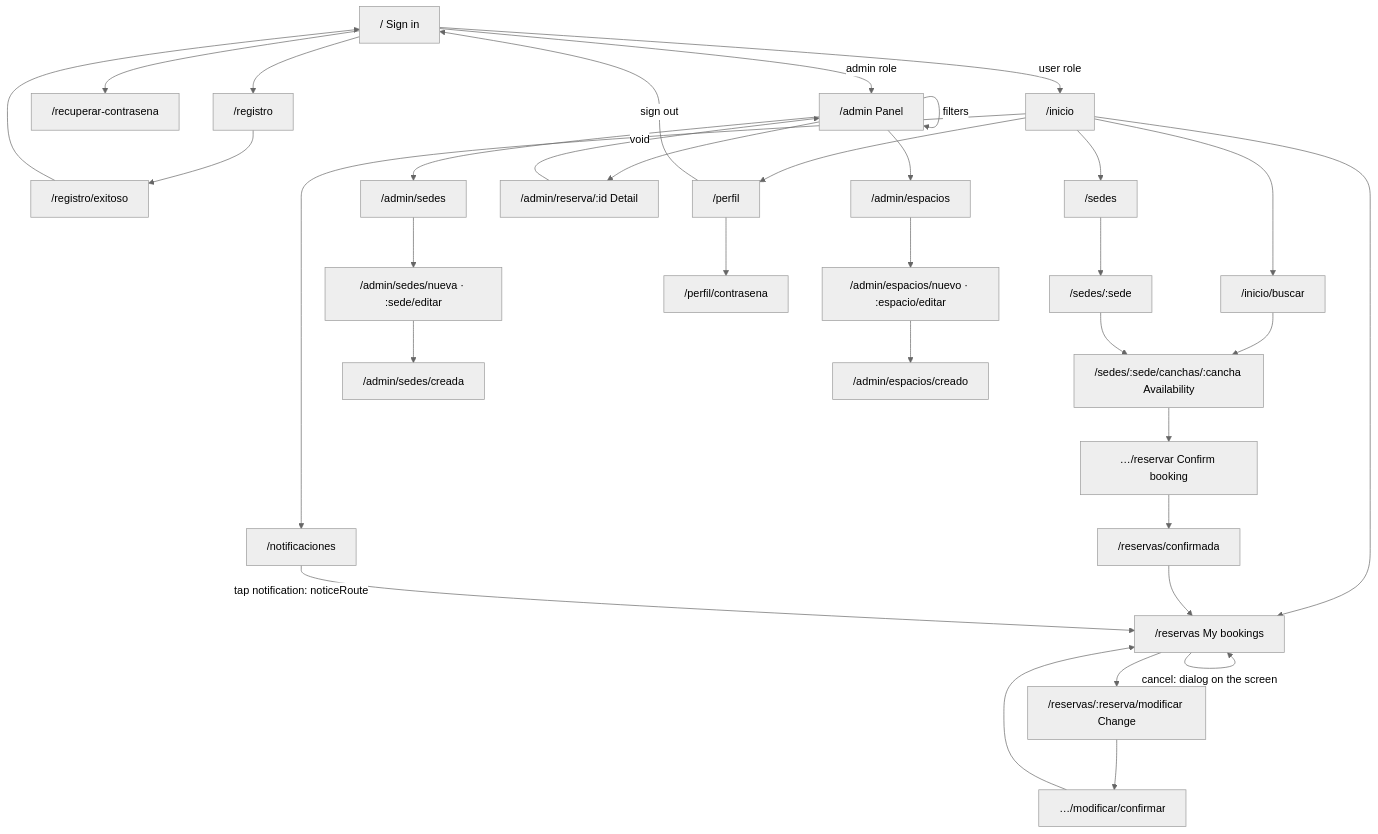
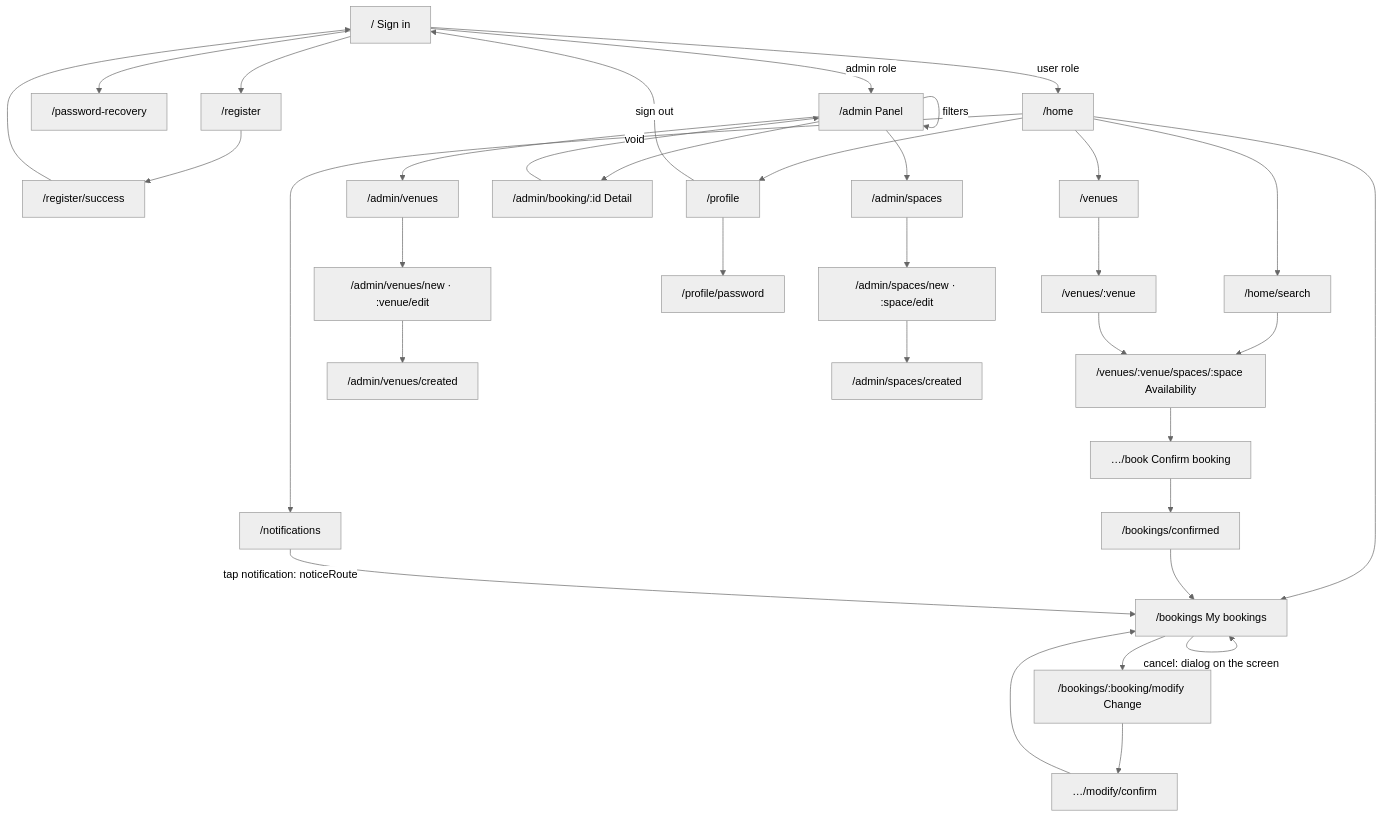
One commit to NahuelMosse/ClubNahuelMosse changed the diagram in docs/technical/app-navigation.md. Above: the diagram before and after it, drawn with Mermaid (neutral theme). The commit also changed other lines of this file and 155 other files, not shown here.

````diff
--- a/docs/technical/app-navigation.md
+++ b/docs/technical/app-navigation.md
@@ -46,39 +46,39 @@
 ```mermaid
 flowchart TD
-  LOGIN["/ Sign in"] --> REG["/registro"]
-  REG --> REGOK["/registro/exitoso"] --> LOGIN
-  LOGIN --> REC["/recuperar-contrasena"]
-  LOGIN -->|user role| INICIO["/inicio"]
+  LOGIN["/ Sign in"] --> REG["/register"]
+  REG --> REGOK["/register/success"] --> LOGIN
+  LOGIN --> REC["/password-recovery"]
+  LOGIN -->|user role| INICIO["/home"]
   LOGIN -->|admin role| ADMIN["/admin Panel"]
 
-  INICIO --> BUSCAR["/inicio/buscar"]
-  INICIO --> SEDES["/sedes"]
-  SEDES --> SEDE["/sedes/:sede"]
-  BUSCAR --> HOR["/sedes/:sede/canchas/:cancha Availability"]
+  INICIO --> BUSCAR["/home/search"]
+  INICIO --> SEDES["/venues"]
+  SEDES --> SEDE["/venues/:venue"]
+  BUSCAR --> HOR["/venues/:venue/spaces/:space Availability"]
   SEDE --> HOR
-  HOR --> CONF["…/reservar Confirm booking"]
-  CONF --> OK["/reservas/confirmada"]
+  HOR --> CONF["…/book Confirm booking"]
+  CONF --> OK["/bookings/confirmed"]
 
-  INICIO --> MIS["/reservas My bookings"]
+  INICIO --> MIS["/bookings My bookings"]
   OK --> MIS
-  MIS --> MOD["/reservas/:reserva/modificar Change"]
-  MOD --> CAMB["…/modificar/confirmar"]
+  MIS --> MOD["/bookings/:booking/modify Change"]
+  MOD --> CAMB["…/modify/confirm"]
   CAMB --> MIS
   MIS -->|cancel: dialog on the screen| MIS
 
-  INICIO --> NOTI["/notificaciones"]
+  INICIO --> NOTI["/notifications"]
   NOTI -->|tap notification: noticeRoute| MIS
-  INICIO --> PERFIL["/perfil"]
-  PERFIL --> PASS["/perfil/contrasena"]
+  INICIO --> PERFIL["/profile"]
+  PERFIL --> PASS["/profile/password"]
   PERFIL -->|sign out| LOGIN
 
   ADMIN -->|filters| ADMIN
-  ADMIN --> DET["/admin/reserva/:id Detail"]
+  ADMIN --> DET["/admin/booking/:id Detail"]
   DET -->|void| ADMIN
-  ADMIN --> ASEDES["/admin/sedes"]
-  ASEDES --> SFORM["/admin/sedes/nueva · :sede/editar"]
-  SFORM --> SOK["/admin/sedes/creada"]
-  ADMIN --> AESP["/admin/espacios"]
-  AESP --> EFORM["/admin/espacios/nuevo · :espacio/editar"]
-  EFORM --> EOK["/admin/espacios/creado"]
+  ADMIN --> ASEDES["/admin/venues"]
+  ASEDES --> SFORM["/admin/venues/new · :venue/edit"]
+  SFORM --> SOK["/admin/venues/created"]
+  ADMIN --> AESP["/admin/spaces"]
+  AESP --> EFORM["/admin/spaces/new · :space/edit"]
+  EFORM --> EOK["/admin/spaces/created"]
 ```
````
